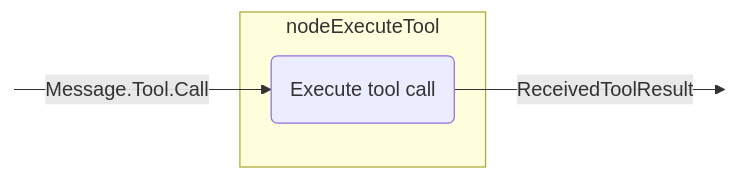
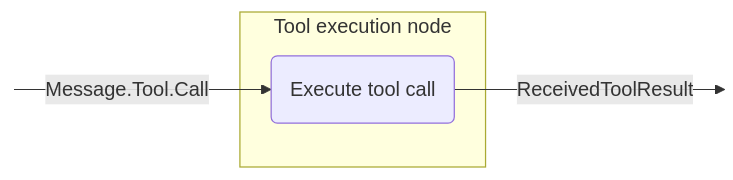
Diagram 11 of 15 in docs/docs/nodes-and-components.md (JetBrains/koog), drawn with Mermaid before and after one commit. The commit also changed other lines of this file and 1 other file, not shown here.

````diff
--- a/docs/docs/nodes-and-components.md
+++ b/docs/docs/nodes-and-components.md
@@ -565,13 +565,13 @@
 ```mermaid
 graph LR
     in:::hidden
     out:::hidden
     
-    subgraph node ["nodeExecuteTool"]
+    subgraph node ["Tool execution node"]
         execute(Execute tool call)
     end
     
     in --Message.Tool.Call--> execute --ReceivedToolResult--> out
 
     classDef hidden display: none;
 ```
````
